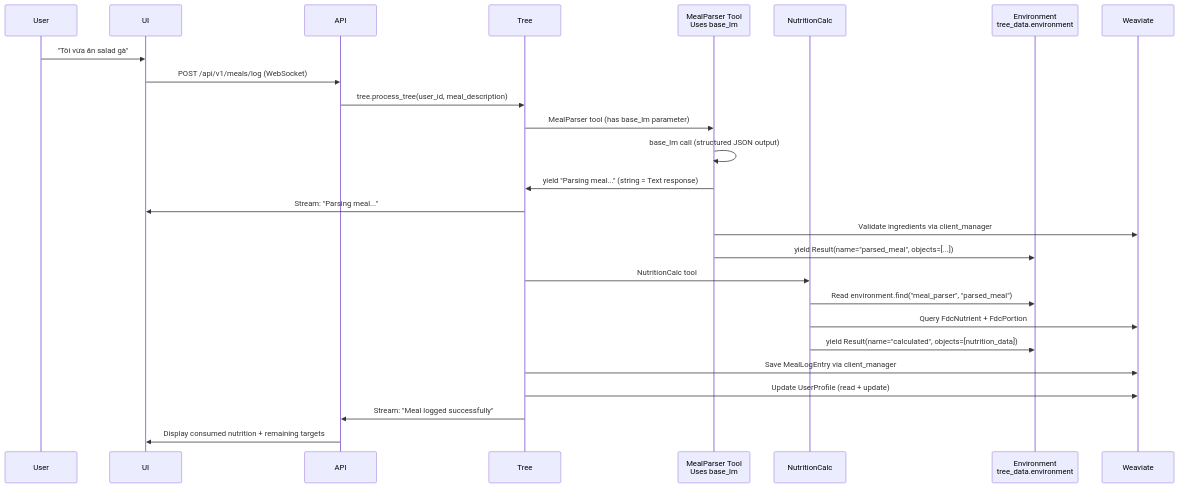
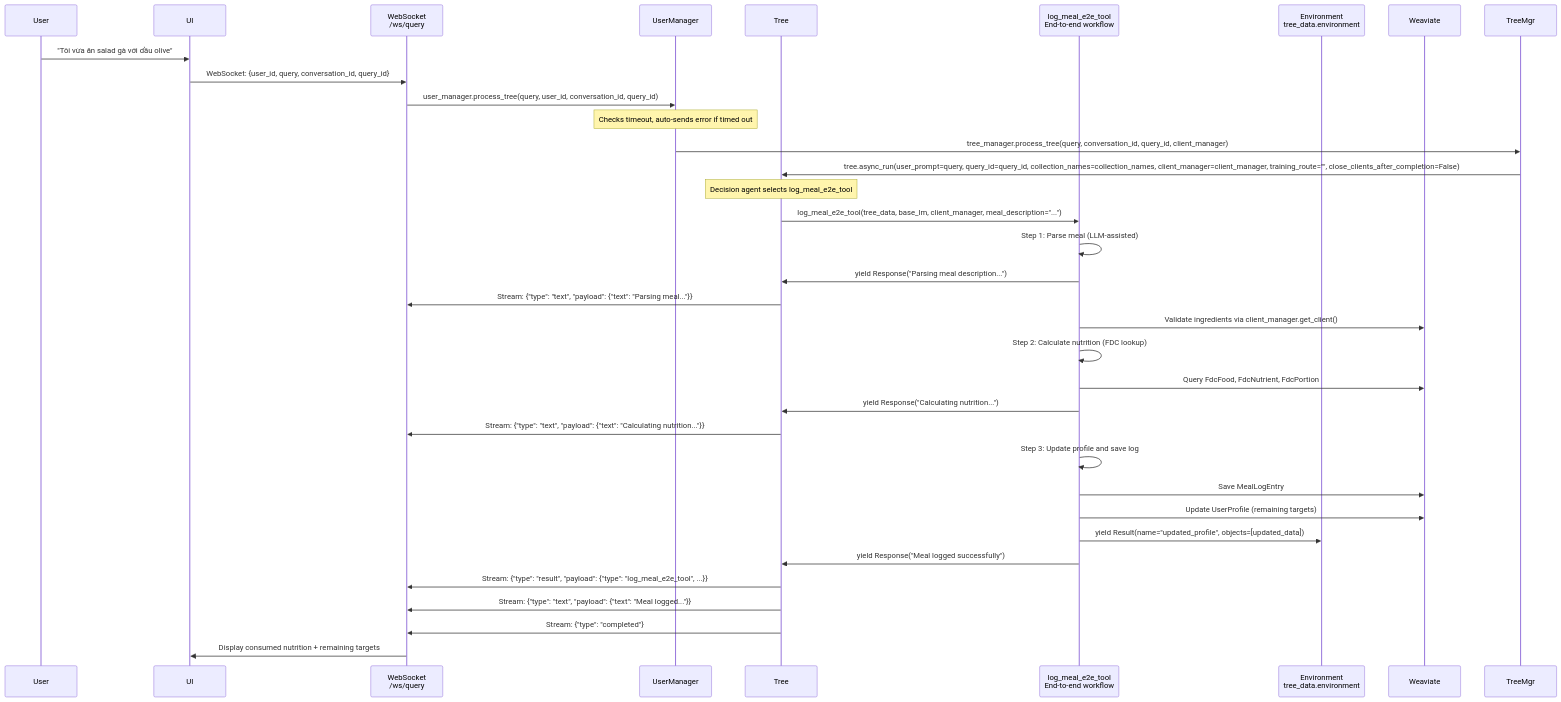
Before and after one commit to NCHzzz/MealAgent_Project: the fourth of 4 diagrams in docs/ai/design/feature-meal-planning-agent.md, drawn with Mermaid. The commit also changed other lines of this file and 120 other files, not shown here.

````diff
--- a/docs/ai/design/feature-meal-planning-agent.md
+++ b/docs/ai/design/feature-meal-planning-agent.md
@@ -535,31 +564,40 @@
 ```mermaid
 sequenceDiagram
     participant User
     participant UI
-    participant API
+    participant WS as WebSocket<br/>/ws/query
+    participant UserMgr as UserManager
     participant Tree
-    participant MealParser as MealParser Tool<br/>Uses base_lm
-    participant NutritionCalc
+    participant LogMealE2E as log_meal_e2e_tool<br/>End-to-end workflow
     participant Env as Environment<br/>tree_data.environment
     participant Weaviate
     
-    User->>UI: "Tôi vừa ăn salad gà"
-    UI->>API: POST /api/v1/meals/log (WebSocket)
-    API->>Tree: tree.process_tree(user_id, meal_description)
-    Tree->>MealParser: MealParser tool (has base_lm parameter)
-    MealParser->>MealParser: base_lm call (structured JSON output)
-    MealParser->>Tree: yield "Parsing meal..." (string = Text response)
-    Tree->>UI: Stream: "Parsing meal..."
-    MealParser->>Weaviate: Validate ingredients via client_manager
-    MealParser->>Env: yield Result(name="parsed_meal", objects=[...])
+    User->>UI: "Tôi vừa ăn salad gà với dầu olive"
+    UI->>WS: WebSocket: {user_id, query, conversation_id, query_id}
+    WS->>UserMgr: user_manager.process_tree(query, user_id, conversation_id, query_id)
+    Note over UserMgr: Checks timeout, auto-sends error if timed out
+    UserMgr->>TreeMgr: tree_manager.process_tree(query, conversation_id, query_id, client_manager)
+    TreeMgr->>Tree: tree.async_run(user_prompt=query, query_id=query_id, collection_names=collection_names, client_manager=client_manager, training_route="", close_clients_after_completion=False)
     
-    Tree->>NutritionCalc: NutritionCalc tool
-    NutritionCalc->>Env: Read environment.find("meal_parser", "parsed_meal")
-    NutritionCalc->>Weaviate: Query FdcNutrient + FdcPortion
-    NutritionCalc->>Env: yield Result(name="calculated", objects=[nutrition_data])
+    Note over Tree: Decision agent selects log_meal_e2e_tool
+    Tree->>LogMealE2E: log_meal_e2e_tool(tree_data, base_lm, client_manager, meal_description="...")
+    LogMealE2E->>LogMealE2E: Step 1: Parse meal (LLM-assisted)
+    LogMealE2E->>Tree: yield Response("Parsing meal description...")
+    Tree->>WS: Stream: {"type": "text", "payload": {"text": "Parsing meal..."}}
+    LogMealE2E->>Weaviate: Validate ingredients via client_manager.get_client()
     
-    Tree->>Weaviate: Save MealLogEntry via client_manager
-    Tree->>Weaviate: Update UserProfile (read + update)
-    Tree->>API: Stream: "Meal logged successfully"
-    API->>UI: Display consumed nutrition + remaining targets
+    LogMealE2E->>LogMealE2E: Step 2: Calculate nutrition (FDC lookup)
+    LogMealE2E->>Weaviate: Query FdcFood, FdcNutrient, FdcPortion
+    LogMealE2E->>Tree: yield Response("Calculating nutrition...")
+    Tree->>WS: Stream: {"type": "text", "payload": {"text": "Calculating nutrition..."}}
+    
+    LogMealE2E->>LogMealE2E: Step 3: Update profile and save log
+    LogMealE2E->>Weaviate: Save MealLogEntry
+    LogMealE2E->>Weaviate: Update UserProfile (remaining targets)
+    LogMealE2E->>Env: yield Result(name="updated_profile", objects=[updated_data])
+    LogMealE2E->>Tree: yield Response("Meal logged successfully")
+    Tree->>WS: Stream: {"type": "result", "payload": {"type": "log_meal_e2e_tool", ...}}
+    Tree->>WS: Stream: {"type": "text", "payload": {"text": "Meal logged..."}}
+    Tree->>WS: Stream: {"type": "completed"}
+    WS->>UI: Display consumed nutrition + remaining targets
 ```
````
